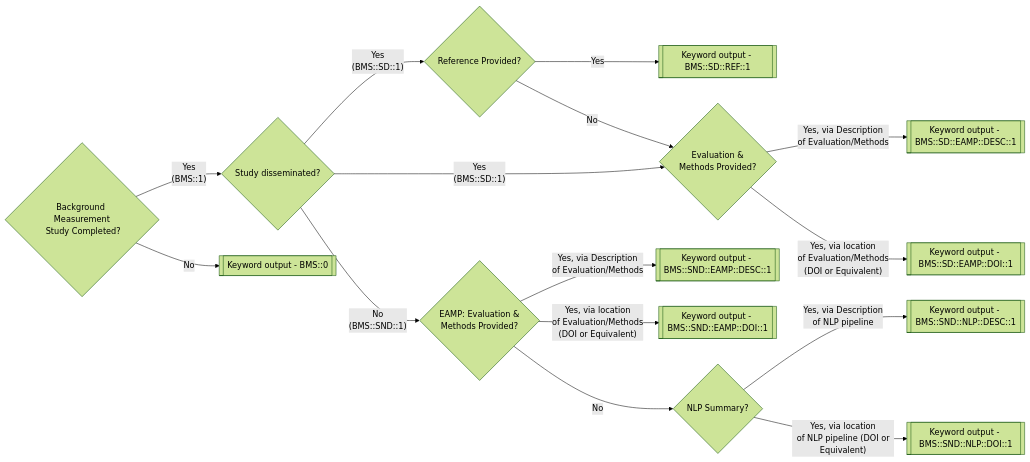
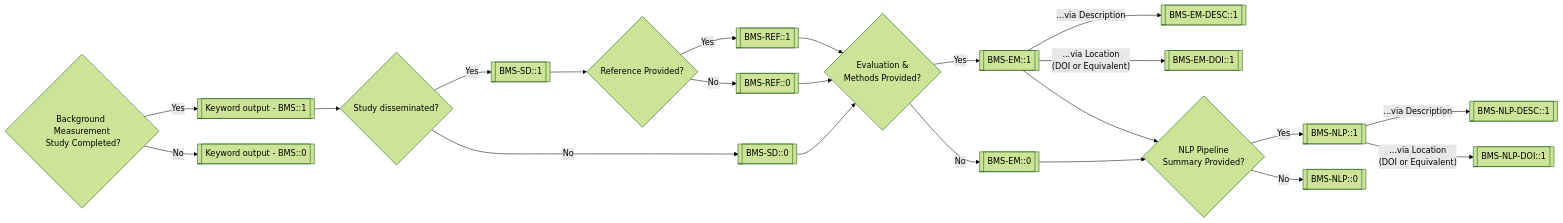
The diagram in README.md (jacobmpeters/NLPReportingMethodologyApp), drawn with Mermaid (forest theme) before and after one commit.

````diff
--- a/README.md
+++ b/README.md
@@ -17,17 +17,18 @@
 ```mermaid
 flowchart LR
-    BMS{Background Measurement\n Study Completed?} -- Yes\n (BMS::1) --> SD{Study disseminated?};
-    SD -- Yes\n (BMS::SD::1) --> REF{Reference Provided?};
-    REF -- Yes --> AQ1[[Keyword output - BMS::SD::REF::1]]
-    REF -- No --> EM{Evaluation &\n Methods Provided?};
-    SD -- Yes\n (BMS::SD::1) --> EM
-    EM -- Yes, via Description\n of Evaluation/Methods --> AQ2_A[[Keyword output - BMS::SD::EAMP::DESC::1]]
-    EM -- Yes, via location\n of Evaluation/Methods\n (DOI or Equivalent) --> AQ2_B[[Keyword output - BMS::SD::EAMP::DOI::1]]
-    SD -- No\n (BMS::SND::1) --> EM2{EAMP: Evaluation &\n Methods Provided?};
-    EM2 -- Yes, via Description\n of Evaluation/Methods --> AQ3_A[[Keyword output - BMS::SND::EAMP::DESC::1]]
-    EM2 -- Yes, via location\n of Evaluation/Methods\n (DOI or Equivalent) --> AQ3_B[[Keyword output - BMS::SND::EAMP::DOI::1]]
-    EM2 -- No --> NLP2{NLP Summary?};
-    NLP2 -- Yes, via Description\n of NLP pipeline --> AQ4_A[[Keyword output - BMS::SND::NLP::DESC::1]]
-    NLP2 -- Yes, via location\n of NLP pipeline (DOI or Equivalent) --> AQ4_B[[Keyword output - BMS::SND::NLP::DOI::1]]
-    BMS -- No --> BMS0[[Keyword output - BMS::0]]
+    BMS{Background Measurement\n Study Completed?} -- Yes --> BMS_T[[Keyword output - BMS::1]] --> SD{Study disseminated?};
+        SD -- Yes --> SD_T[[BMS-SD::1]] --> REF{Reference Provided?};
+            REF -- Yes --> AQ1_T[[BMS-REF::1]] --> EM{Evaluation &\n Methods Provided?};
+                EM -- Yes --> EM_T[[BMS-EM::1]]
+                    EM_T -- ...via Description --> EM_DESC[[BMS-EM-DESC::1]]
+                    EM_T -- ...via Location\n (DOI or Equivalent) --> EM_DOI[[BMS-EM-DOI::1]]
+                    EM_T --> NLP1{NLP Pipeline\n Summary Provided?};
+                        NLP1 -- Yes --> NLP1_T[[BMS-NLP::1]]
+                        NLP1_T -- ...via Description --> AQ3_A[[BMS-NLP-DESC::1]]
+                        NLP1_T -- ...via Location\n (DOI or Equivalent) --> AQ3_B[[BMS-NLP-DOI::1]]
+                        NLP1 -- No --> NLP1_F[[BMS-NLP::0]]
+                EM -- No --> EM_F[[BMS-EM::0]] --> NLP1
+            REF -- No --> AQ1_F[[BMS-REF::0]] --> EM
+        SD -- No --> SD_F[[BMS-SD::0]] --> EM
+    BMS -- No --> BMS_F[[Keyword output - BMS::0]]
 ```
````
